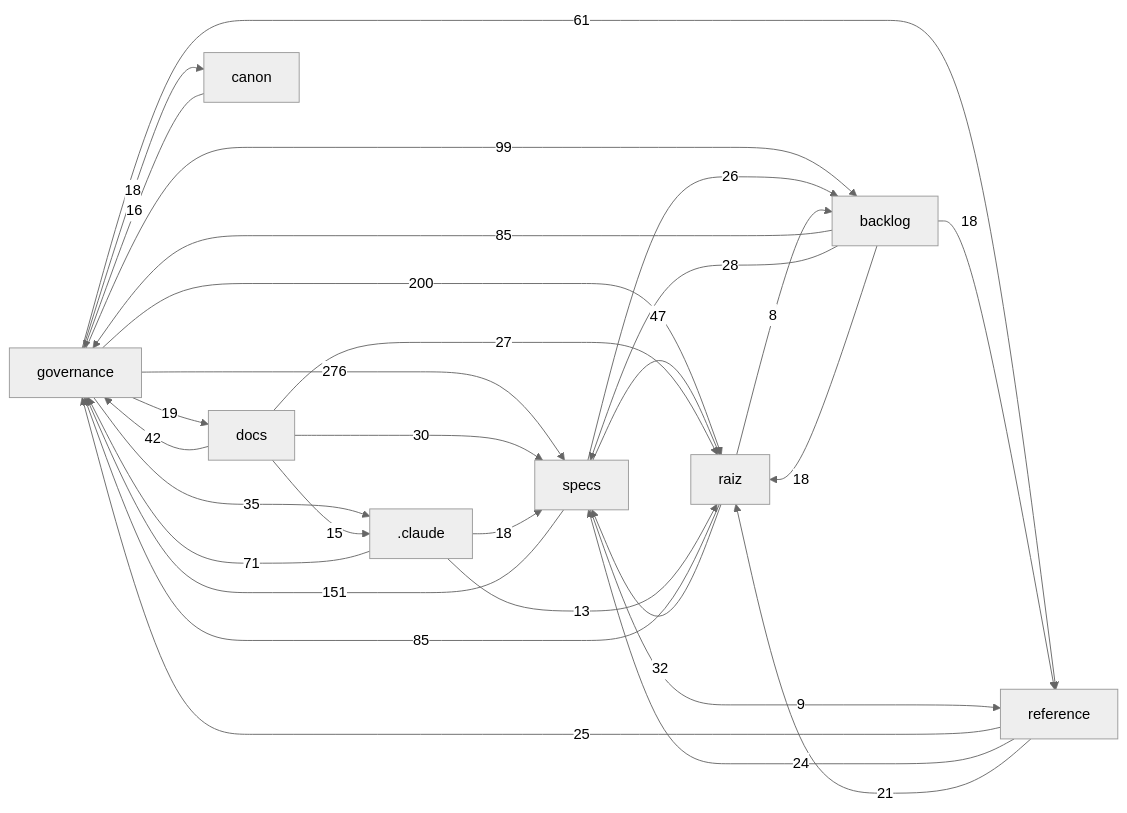
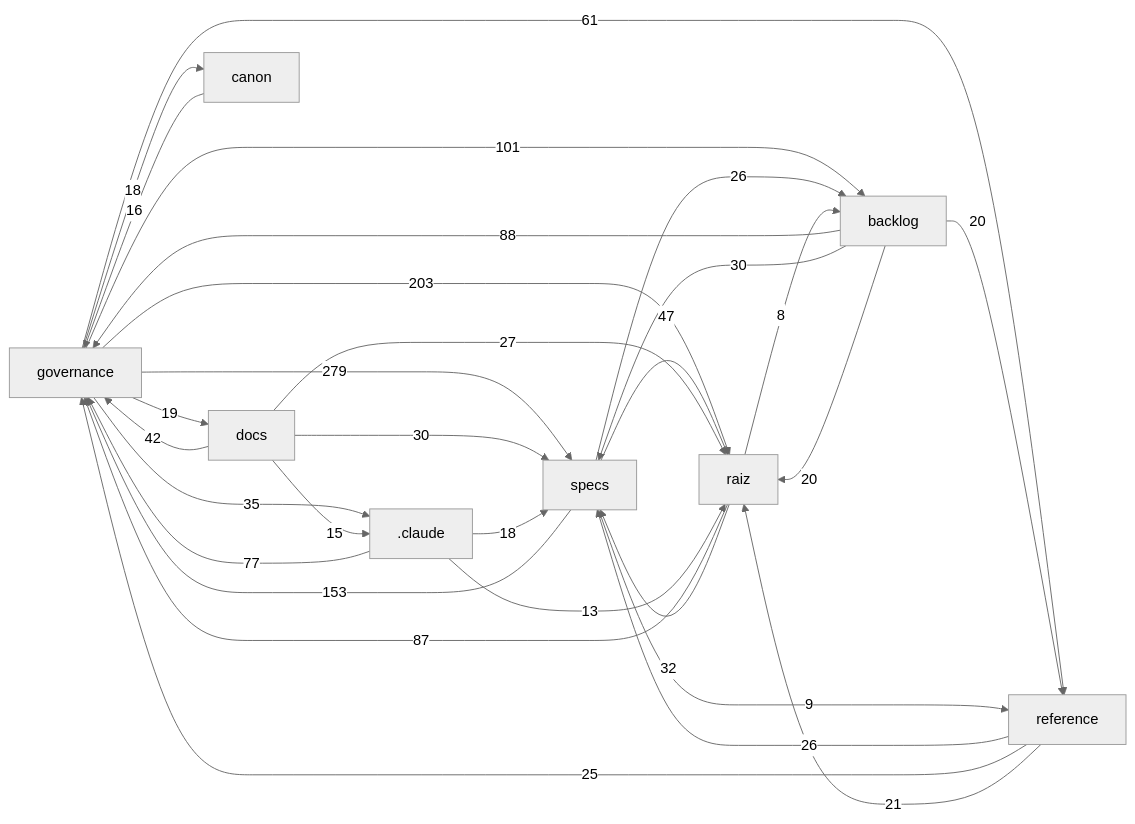
The diagram in docs/mapa/MAPA-PROJETO.md (Andraus35/Sistema-Operacional-de-Trading--SOT), drawn with Mermaid (neutral theme) before and after one commit. The commit also changed other lines of this file and 12 other files, not shown here.

````diff
--- a/docs/mapa/MAPA-PROJETO.md
+++ b/docs/mapa/MAPA-PROJETO.md
@@ -30,32 +30,32 @@
 ```mermaid
 flowchart LR
-  governance["governance"] -->|276| specs["specs"]
-  governance["governance"] -->|200| raiz["raiz"]
-  specs["specs"] -->|151| governance["governance"]
-  governance["governance"] -->|99| backlog["backlog"]
-  raiz["raiz"] -->|85| governance["governance"]
-  backlog["backlog"] -->|85| governance["governance"]
-  _claude[".claude"] -->|71| governance["governance"]
+  governance["governance"] -->|279| specs["specs"]
+  governance["governance"] -->|203| raiz["raiz"]
+  specs["specs"] -->|153| governance["governance"]
+  governance["governance"] -->|101| backlog["backlog"]
+  backlog["backlog"] -->|88| governance["governance"]
+  raiz["raiz"] -->|87| governance["governance"]
+  _claude[".claude"] -->|77| governance["governance"]
   governance["governance"] -->|61| reference["reference"]
   specs["specs"] -->|47| raiz["raiz"]
   docs["docs"] -->|42| governance["governance"]
   governance["governance"] -->|35| _claude[".claude"]
   raiz["raiz"] -->|32| specs["specs"]
+  backlog["backlog"] -->|30| specs["specs"]
   docs["docs"] -->|30| specs["specs"]
-  backlog["backlog"] -->|28| specs["specs"]
   docs["docs"] -->|27| raiz["raiz"]
+  reference["reference"] -->|26| specs["specs"]
   specs["specs"] -->|26| backlog["backlog"]
   reference["reference"] -->|25| governance["governance"]
-  reference["reference"] -->|24| specs["specs"]
   reference["reference"] -->|21| raiz["raiz"]
+  backlog["backlog"] -->|20| raiz["raiz"]
+  backlog["backlog"] -->|20| reference["reference"]
   governance["governance"] -->|19| docs["docs"]
   _claude[".claude"] -->|18| specs["specs"]
-  backlog["backlog"] -->|18| raiz["raiz"]
-  backlog["backlog"] -->|18| reference["reference"]
   governance["governance"] -->|18| canon["canon"]
   canon["canon"] -->|16| governance["governance"]
   docs["docs"] -->|15| _claude[".claude"]
   _claude[".claude"] -->|13| raiz["raiz"]
   specs["specs"] -->|9| reference["reference"]
   raiz["raiz"] -->|8| backlog["backlog"]
 ```
````
